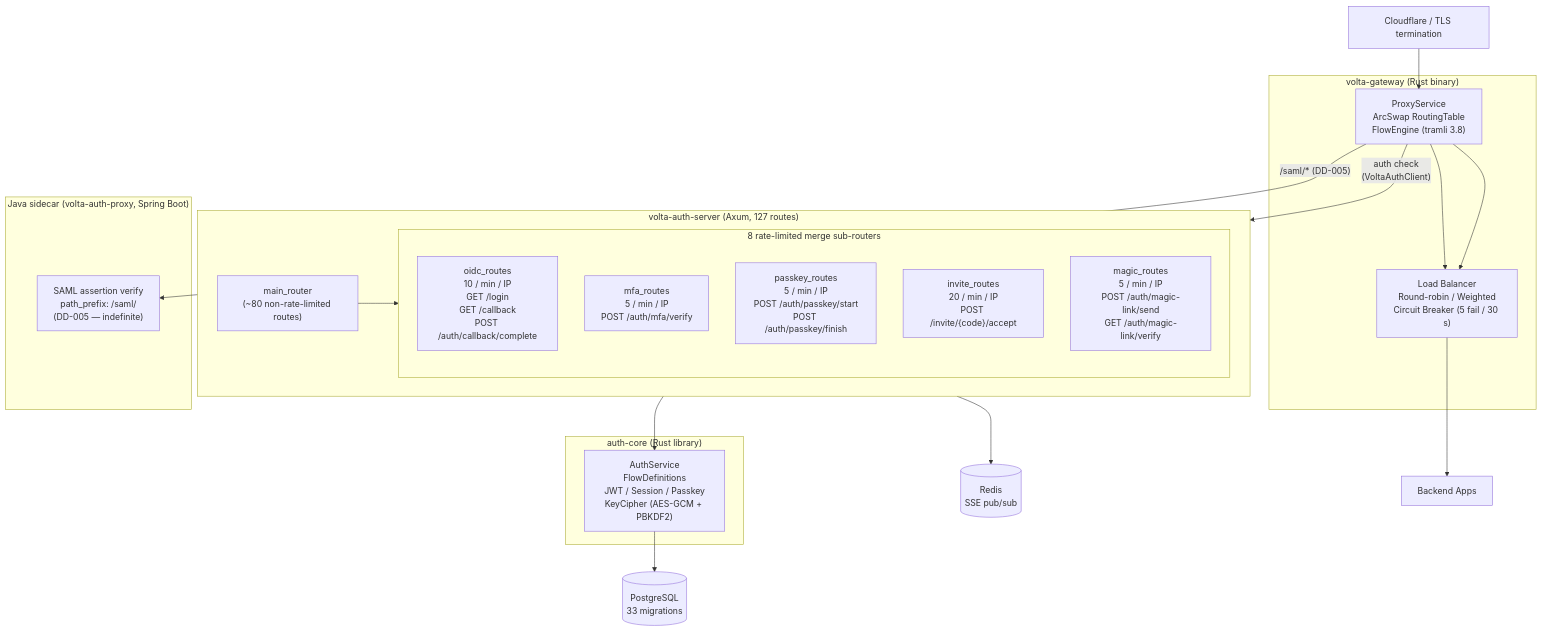
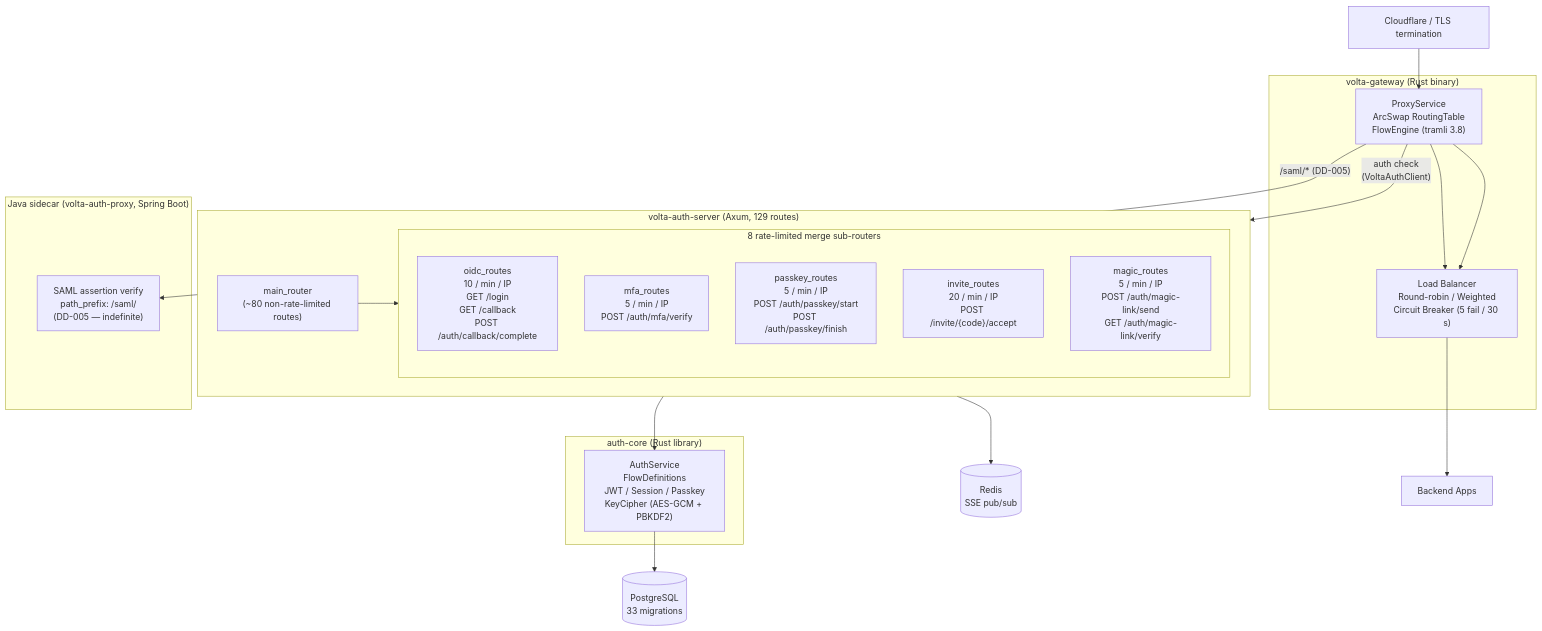
Before and after one commit to opaopa6969/volta-gateway: the seventh of 11 diagrams in spec/SPEC.md, drawn with Mermaid. The commit also changed other lines of this file and 14 other files, not shown here.

````diff
--- a/spec/SPEC.md
+++ b/spec/SPEC.md
@@ -1966,44 +1966,44 @@
 ```mermaid
 graph TB
     CF["Cloudflare / TLS termination"]
 
     subgraph volta-gateway ["volta-gateway (Rust binary)"]
         GW["ProxyService<br/>ArcSwap RoutingTable<br/>FlowEngine (tramli 3.8)"]
         LB["Load Balancer<br/>Round-robin / Weighted<br/>Circuit Breaker (5 fail / 30 s)"]
     end
 
-    subgraph auth-server ["volta-auth-server (Axum, 127 routes)"]
+    subgraph auth-server ["volta-auth-server (Axum, 129 routes)"]
         MAIN["main_router<br/>(~80 non-rate-limited routes)"]
 
         subgraph rate_limited ["8 rate-limited merge sub-routers"]
             OIDC["oidc_routes<br/>10 / min / IP<br/>GET /login<br/>GET /callback<br/>POST /auth/callback/complete"]
             MFA["mfa_routes<br/>5 / min / IP<br/>POST /auth/mfa/verify"]
             PK["passkey_routes<br/>5 / min / IP<br/>POST /auth/passkey/start<br/>POST /auth/passkey/finish"]
             INV["invite_routes<br/>20 / min / IP<br/>POST /invite/{code}/accept"]
             ML["magic_routes<br/>5 / min / IP<br/>POST /auth/magic-link/send<br/>GET /auth/magic-link/verify"]
         end
 
         MAIN --> rate_limited
     end
 
     subgraph java_sidecar ["Java sidecar (volta-auth-proxy, Spring Boot)"]
         SAML["SAML assertion verify<br/>path_prefix: /saml/<br/>(DD-005 — indefinite)"]
     end
 
     subgraph auth-core ["auth-core (Rust library)"]
         AC["AuthService<br/>FlowDefinitions<br/>JWT / Session / Passkey<br/>KeyCipher (AES-GCM + PBKDF2)"]
     end
 
     PG[("PostgreSQL<br/>33 migrations")]
     REDIS[("Redis<br/>SSE pub/sub")]
     BACKENDS["Backend Apps"]
 
     CF --> GW
     GW --> LB
     GW -->|"/saml/* (DD-005)"| SAML
     GW -->|"auth check<br/>(VoltaAuthClient)"| auth-server
     GW --> LB --> BACKENDS
     auth-server --> AC
     AC --> PG
     auth-server --> REDIS
 ```
````
